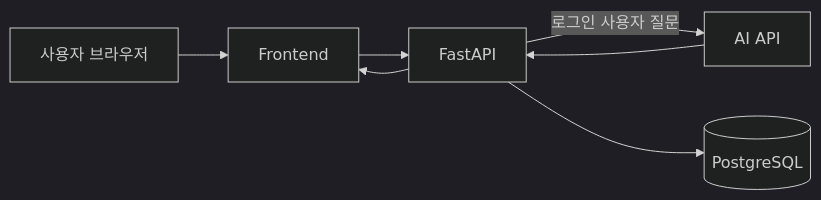
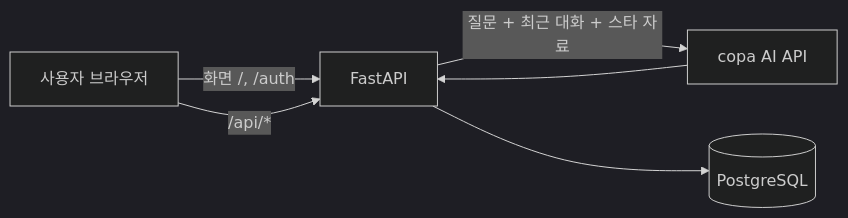
The diagram in docs/ARCHITECTURE.md (innurhap28/Next-Star-Hunter.bot), drawn with Mermaid (dark theme) before and after one commit. The commit also changed other lines of this file and 3 other files, not shown here.

````diff
--- a/docs/ARCHITECTURE.md
+++ b/docs/ARCHITECTURE.md
@@ -5,9 +5,8 @@
 ```mermaid
 flowchart LR
-    U[사용자 브라우저] --> F[Frontend]
-    F --> A[FastAPI]
-    A -->|로그인 사용자 질문| AI[AI API]
+    U[사용자 브라우저] -->|"화면 /, /auth"| A[FastAPI]
+    U -->|"/api/*"| A
+    A -->|"질문 + 최근 대화 + 스타 자료"| AI[copa AI API]
+    AI --> A
     A --> DB[(PostgreSQL)]
-    AI --> A
-    A --> F
 ```
````
